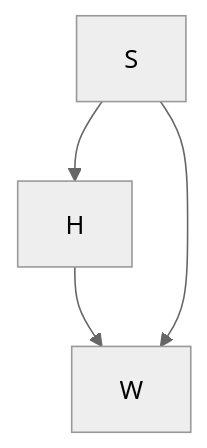
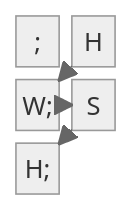
Before and after one commit to cmcntsh/StatBayesAnalysisChecklist: the diagram in README.md, drawn with Mermaid (neutral theme).

Commit message:
Fix mermaid graph syntax in README.md

````diff
--- a/README.md
+++ b/README.md
@@ -7,7 +7,8 @@
 ```mermaid
-graph TD;
+block;
+columns 2;
     H-->W;
     S-->H;
     S-->W;
 
 ```
````
